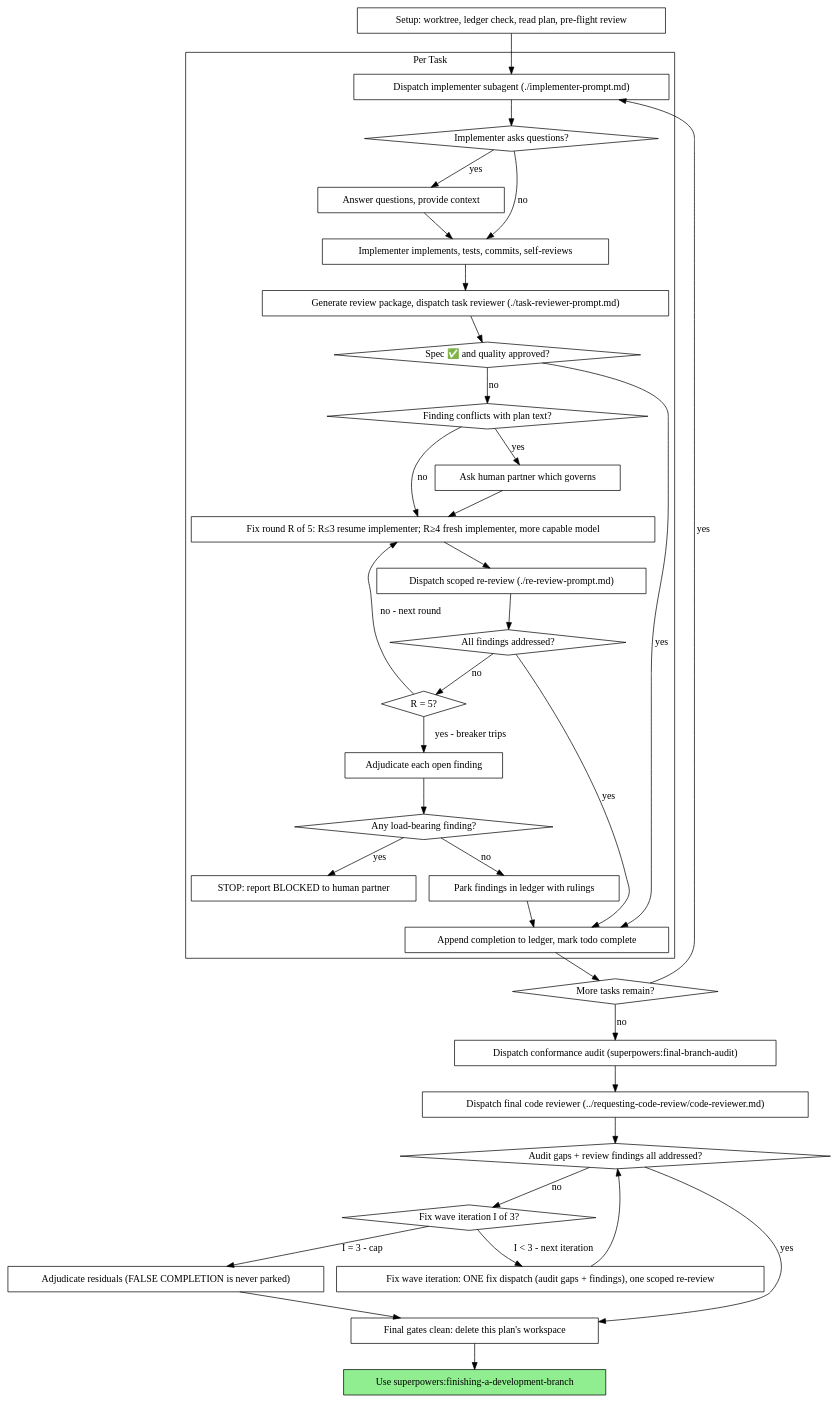
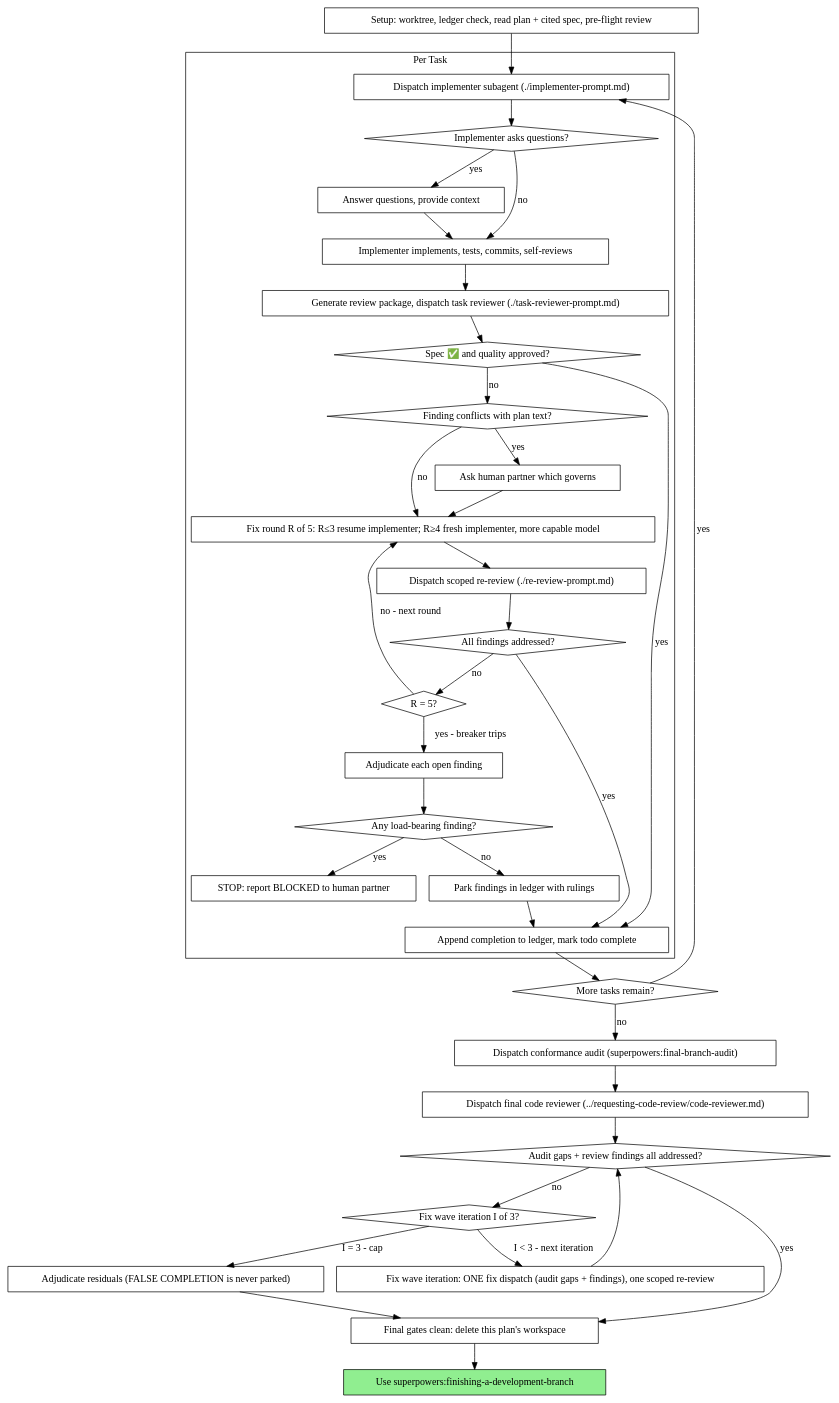
The second of 2 diagrams in skills/subagent-driven-development/SKILL.md (rodrigopaitach/superpowersplus), drawn with Graphviz before and after one commit. The commit also changed other lines of this file and 7 other files, not shown here.

````diff
--- a/skills/subagent-driven-development/SKILL.md
+++ b/skills/subagent-driven-development/SKILL.md
@@ -47,72 +47,72 @@
 ```dot
 digraph process {
     rankdir=TB;
 
     subgraph cluster_per_task {
         label="Per Task";
         "Dispatch implementer subagent (./implementer-prompt.md)" [shape=box];
         "Implementer asks questions?" [shape=diamond];
         "Answer questions, provide context" [shape=box];
         "Implementer implements, tests, commits, self-reviews" [shape=box];
         "Generate review package, dispatch task reviewer (./task-reviewer-prompt.md)" [shape=box];
         "Spec ✅ and quality approved?" [shape=diamond];
         "Finding conflicts with plan text?" [shape=diamond];
         "Ask human partner which governs" [shape=box];
         "Fix round R of 5: R≤3 resume implementer; R≥4 fresh implementer, more capable model" [shape=box];
         "Dispatch scoped re-review (./re-review-prompt.md)" [shape=box];
         "All findings addressed?" [shape=diamond];
         "R = 5?" [shape=diamond];
         "Adjudicate each open finding" [shape=box];
         "Any load-bearing finding?" [shape=diamond];
         "STOP: report BLOCKED to human partner" [shape=box];
         "Park findings in ledger with rulings" [shape=box];
         "Append completion to ledger, mark todo complete" [shape=box];
     }
 
-    "Setup: worktree, ledger check, read plan, pre-flight review" [shape=box];
+    "Setup: worktree, ledger check, read plan + cited spec, pre-flight review" [shape=box];
     "More tasks remain?" [shape=diamond];
     "Dispatch conformance audit (superpowers:final-branch-audit)" [shape=box];
     "Dispatch final code reviewer (../requesting-code-review/code-reviewer.md)" [shape=box];
     "Audit gaps + review findings all addressed?" [shape=diamond];
     "Fix wave iteration I of 3?" [shape=diamond];
     "Fix wave iteration: ONE fix dispatch (audit gaps + findings), one scoped re-review" [shape=box];
     "Adjudicate residuals (FALSE COMPLETION is never parked)" [shape=box];
     "Final gates clean: delete this plan's workspace" [shape=box];
     "Use superpowers:finishing-a-development-branch" [shape=box style=filled fillcolor=lightgreen];
 
-    "Setup: worktree, ledger check, read plan, pre-flight review" -> "Dispatch implementer subagent (./implementer-prompt.md)";
+    "Setup: worktree, ledger check, read plan + cited spec, pre-flight review" -> "Dispatch implementer subagent (./implementer-prompt.md)";
     "Dispatch implementer subagent (./implementer-prompt.md)" -> "Implementer asks questions?";
     "Implementer asks questions?" -> "Answer questions, provide context" [label="yes"];
     "Answer questions, provide context" -> "Implementer implements, tests, commits, self-reviews";
     "Implementer asks questions?" -> "Implementer implements, tests, commits, self-reviews" [label="no"];
     "Implementer implements, tests, commits, self-reviews" -> "Generate review package, dispatch task reviewer (./task-reviewer-prompt.md)";
     "Generate review package, dispatch task reviewer (./task-reviewer-prompt.md)" -> "Spec ✅ and quality approved?";
     "Spec ✅ and quality approved?" -> "Append completion to ledger, mark todo complete" [label="yes"];
     "Spec ✅ and quality approved?" -> "Finding conflicts with plan text?" [label="no"];
     "Finding conflicts with plan text?" -> "Ask human partner which governs" [label="yes"];
     "Ask human partner which governs" -> "Fix round R of 5: R≤3 resume implementer; R≥4 fresh implementer, more capable model";
     "Finding conflicts with plan text?" -> "Fix round R of 5: R≤3 resume implementer; R≥4 fresh implementer, more capable model" [label="no"];
     "Fix round R of 5: R≤3 resume implementer; R≥4 fresh implementer, more capable model" -> "Dispatch scoped re-review (./re-review-prompt.md)";
     "Dispatch scoped re-review (./re-review-prompt.md)" -> "All findings addressed?";
     "All findings addressed?" -> "Append completion to ledger, mark todo complete" [label="yes"];
     "All findings addressed?" -> "R = 5?" [label="no"];
     "R = 5?" -> "Fix round R of 5: R≤3 resume implementer; R≥4 fresh implementer, more capable model" [label="no - next round"];
     "R = 5?" -> "Adjudicate each open finding" [label="yes - breaker trips"];
     "Adjudicate each open finding" -> "Any load-bearing finding?";
     "Any load-bearing finding?" -> "STOP: report BLOCKED to human partner" [label="yes"];
     "Any load-bearing finding?" -> "Park findings in ledger with rulings" [label="no"];
     "Park findings in ledger with rulings" -> "Append completion to ledger, mark todo complete";
     "Append completion to ledger, mark todo complete" -> "More tasks remain?";
     "More tasks remain?" -> "Dispatch implementer subagent (./implementer-prompt.md)" [label="yes"];
     "More tasks remain?" -> "Dispatch conformance audit (superpowers:final-branch-audit)" [label="no"];
     "Dispatch conformance audit (superpowers:final-branch-audit)" -> "Dispatch final code reviewer (../requesting-code-review/code-reviewer.md)";
     "Dispatch final code reviewer (../requesting-code-review/code-reviewer.md)" -> "Audit gaps + review findings all addressed?";
     "Audit gaps + review findings all addressed?" -> "Final gates clean: delete this plan's workspace" [label="yes"];
     "Audit gaps + review findings all addressed?" -> "Fix wave iteration I of 3?" [label="no"];
     "Fix wave iteration I of 3?" -> "Fix wave iteration: ONE fix dispatch (audit gaps + findings), one scoped re-review" [label="I < 3 - next iteration"];
     "Fix wave iteration I of 3?" -> "Adjudicate residuals (FALSE COMPLETION is never parked)" [label="I = 3 - cap"];
     "Fix wave iteration: ONE fix dispatch (audit gaps + findings), one scoped re-review" -> "Audit gaps + review findings all addressed?";
     "Adjudicate residuals (FALSE COMPLETION is never parked)" -> "Final gates clean: delete this plan's workspace";
     "Final gates clean: delete this plan's workspace" -> "Use superpowers:finishing-a-development-branch";
 }
 ```
````
